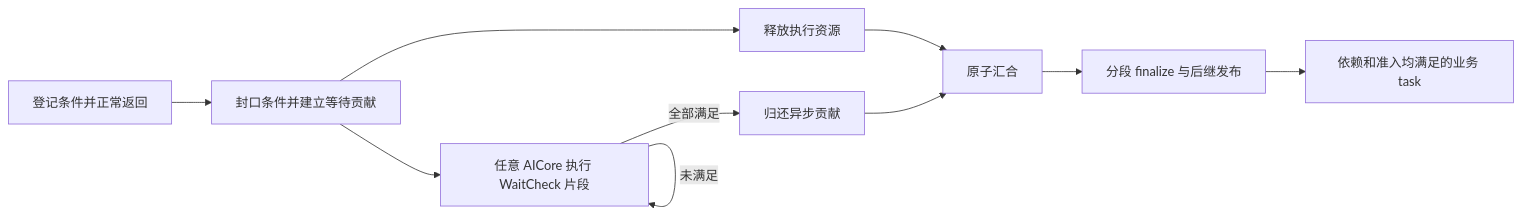
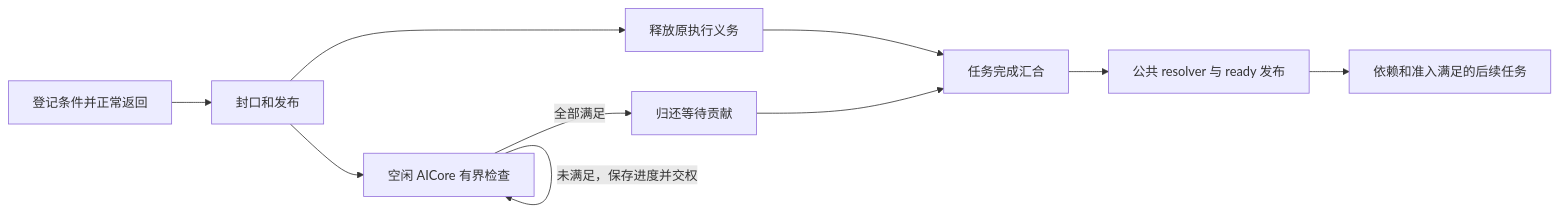
Before and after one commit to hw-native-sys/simpler: the diagram in docs/zh-cn/a5-hbg-aicore-async-design.md, drawn with Mermaid. The commit also changed other lines of this file and 103 other files, not shown here.

````diff
--- a/docs/zh-cn/a5-hbg-aicore-async-design.md
+++ b/docs/zh-cn/a5-hbg-aicore-async-design.md
@@ -360,12 +44,12 @@
 ```mermaid
 flowchart LR
-    K[登记条件并正常返回] --> S[封口条件并建立等待贡献]
-    S --> R[释放执行资源]
-    S --> W[任意 AICore 执行 WaitCheck 片段]
-    W -->|未满足| W
-    W -->|全部满足| A[归还异步贡献]
-    R --> J[原子汇合]
-    A --> J
-    J --> F[分段 finalize 与后继发布]
-    F --> B[依赖和准入均满足的业务 task]
+    K[登记条件并正常返回] --> S[封口和发布]
+    S --> R[释放原执行义务]
+    S --> C[空闲 AICore 有界检查]
+    C -->|未满足，保存进度并交权| C
+    C -->|全部满足| G[归还等待贡献]
+    R --> J[任务完成汇合]
+    G --> J
+    J --> F[公共 resolver 与 ready 发布]
+    F --> B[依赖和准入满足的后续任务]
 ```
````
